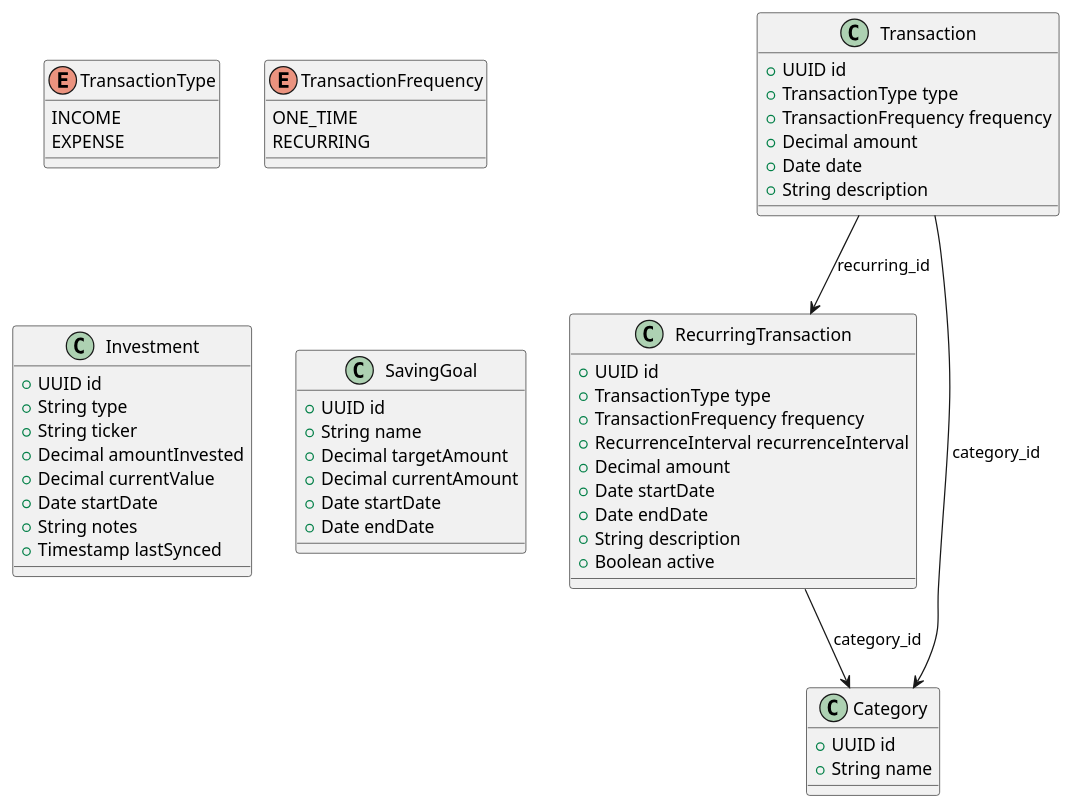
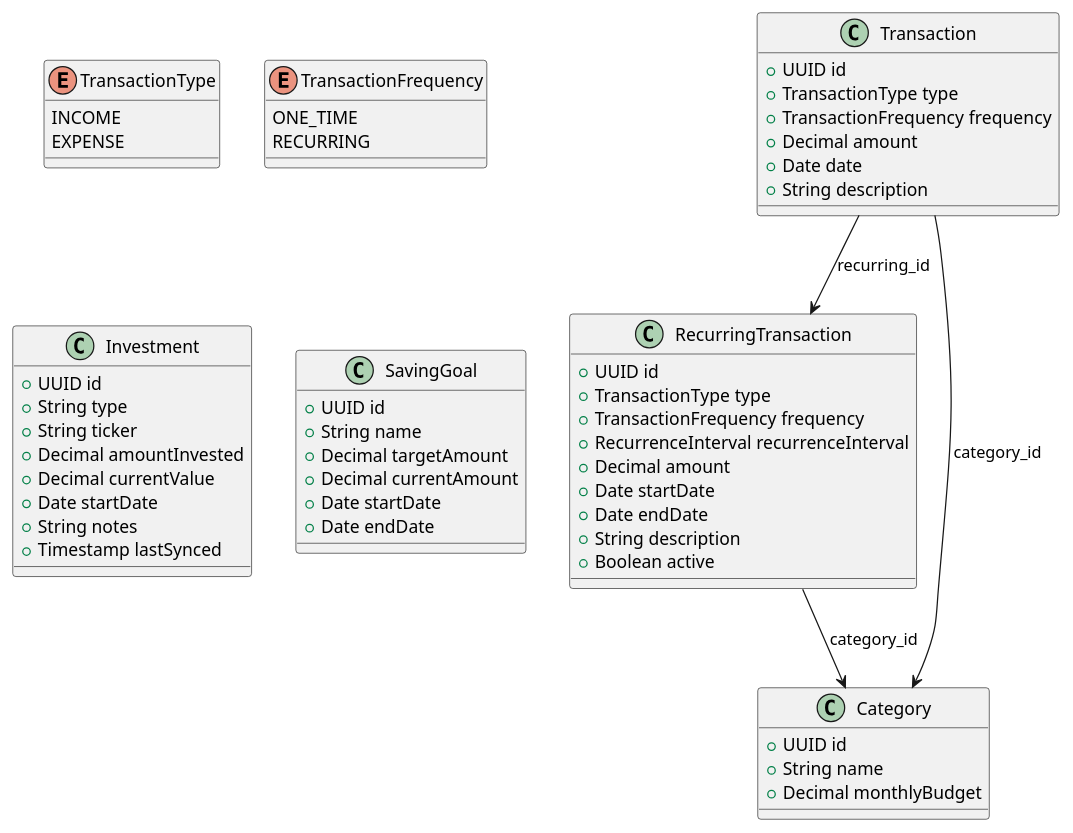
One commit to 1191830/myfinance changed the diagram in docs/DomainModel/DomainModel.puml. Above: the diagram before and after it, drawn with PlantUML. The commit also changed 2 other files, not shown here.

Commit message:
docs: update CLAUDE.md, schema, domain model — category budgets done
Status/Roadmap reflect the finished per-category budget limits +
overrun alerts (deferred backlog item done); schema.sql and
DomainModel.puml gain monthly_budget alongside the migration that
added it.

Claude-Session: https://claude.ai/code/session_01MeivcDLdehiedcjedjm9gZ

```diff
--- a/docs/DomainModel/DomainModel.puml
+++ b/docs/DomainModel/DomainModel.puml
@@ -1,66 +1,67 @@
 @startuml
 
 ' Define Enums
 enum TransactionType {
   INCOME
   EXPENSE
 }
 
 enum TransactionFrequency {
   ONE_TIME
   RECURRING
 }
 
 ' Define Classes
 class Transaction {
   +UUID id
   +TransactionType type
   +TransactionFrequency frequency
   +Decimal amount
   +Date date
   +String description
 }
 
 class RecurringTransaction {
   +UUID id
   +TransactionType type
   +TransactionFrequency frequency
   +RecurrenceInterval recurrenceInterval
   +Decimal amount
   +Date startDate
   +Date endDate
   +String description
   +Boolean active
 }
 
 class Category {
   +UUID id
   +String name
+  +Decimal monthlyBudget
 }
 
 class Investment {
   +UUID id
   +String type
   +String ticker
   +Decimal amountInvested
   +Decimal currentValue
   +Date startDate
   +String notes
   +Timestamp lastSynced
 }
 
 class SavingGoal {
   +UUID id
   +String name
   +Decimal targetAmount
   +Decimal currentAmount
   +Date startDate
   +Date endDate
 }
 
 ' Relationships
 Transaction --> RecurringTransaction : recurring_id
 Transaction --> Category : category_id
 RecurringTransaction --> Category : category_id
 
 @enduml
```
